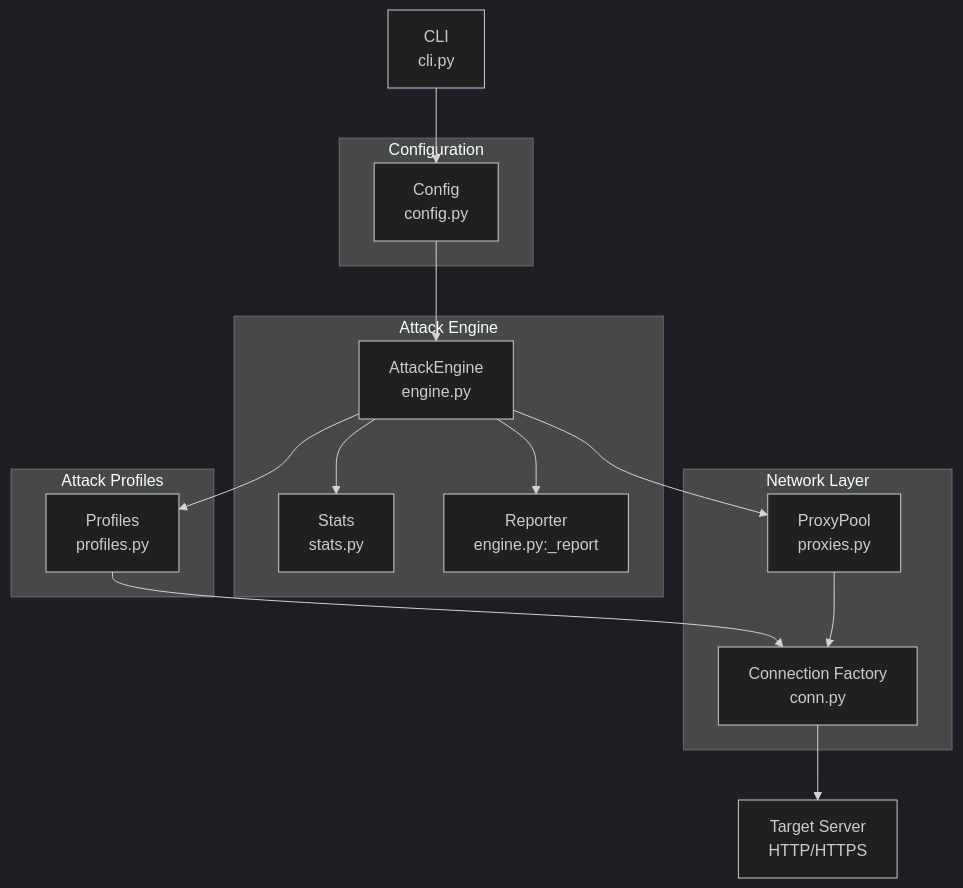
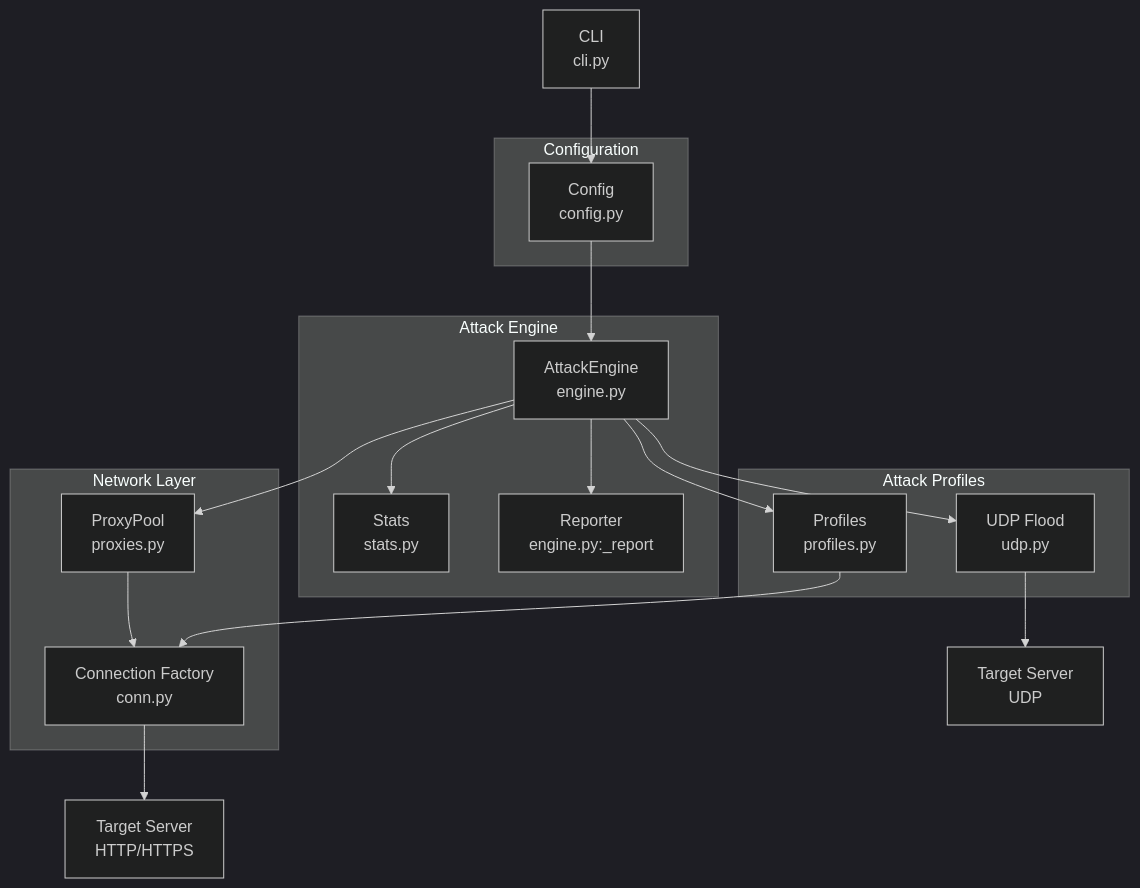
The first of 2 diagrams in docs/architecture.md (TabbyMichael/TorsHammer-2.0), drawn with Mermaid (dark theme) before and after one commit. The commit also changed other lines of this file and 31 other files, not shown here.

````diff
--- a/docs/architecture.md
+++ b/docs/architecture.md
@@ -9,31 +9,34 @@
 ```mermaid
 flowchart TD
     CLI[CLI<br/>cli.py] --> Config[Config<br/>config.py]
     Config --> Engine[AttackEngine<br/>engine.py]
     Engine --> Profiles[Profiles<br/>profiles.py]
+    Engine --> Udp[UDP Flood<br/>udp.py]
     Engine --> ProxyPool[ProxyPool<br/>proxies.py]
     Profiles --> Connection[Connection Factory<br/>conn.py]
     ProxyPool --> Connection
     Connection --> Target[Target Server<br/>HTTP/HTTPS]
+    Udp --> UdpTarget[Target Server<br/>UDP]
     Engine --> Stats[Stats<br/>stats.py]
     Engine --> Reporter[Reporter<br/>engine.py:_report]
     
     subgraph "Configuration"
         Config
     end
     
     subgraph "Attack Engine"
         Engine
         Stats
         Reporter
     end
     
     subgraph "Attack Profiles"
         Profiles
+        Udp
     end
     
     subgraph "Network Layer"
         ProxyPool
         Connection
     end
 ```
````
